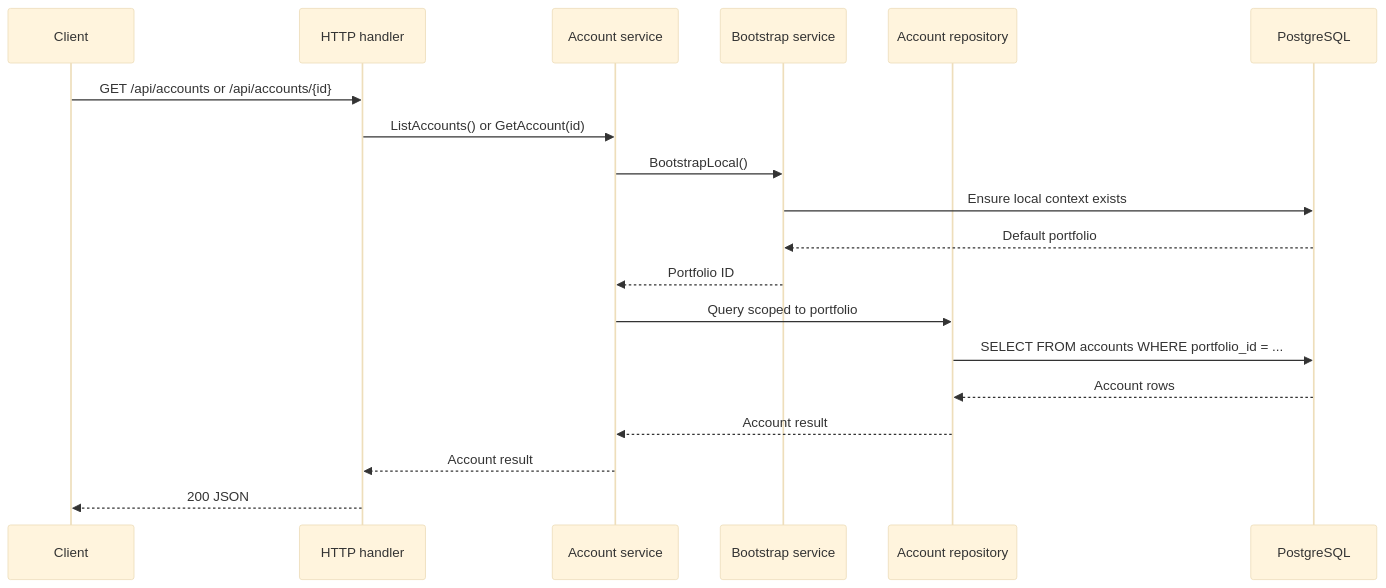
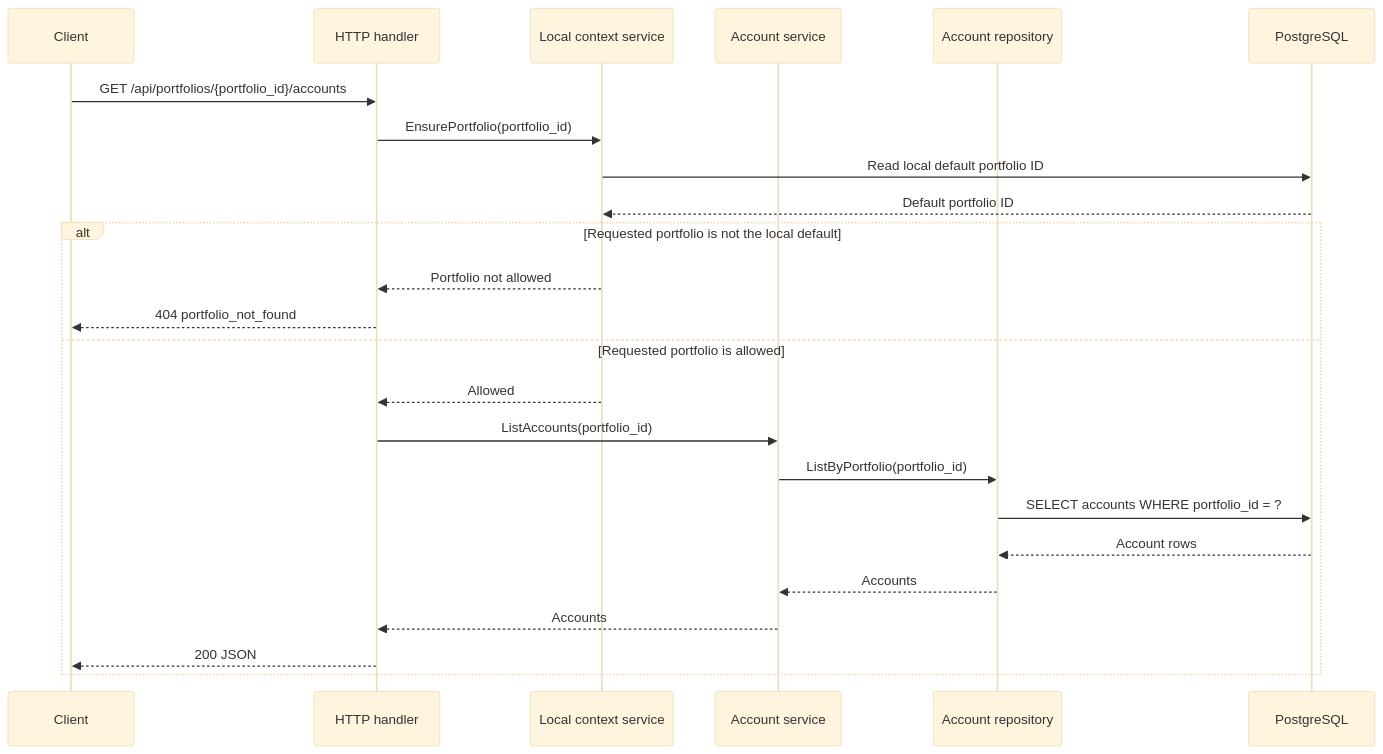
One commit to finsight-org/finsight changed the diagram in apps/api/docs/accounts.md. Above: the diagram before and after it, drawn with Mermaid (base theme). The commit also changed other lines of this file and 64 other files, not shown here.

First line of the commit message:
Establish database-backed portfolio application context (#18)

````diff
--- a/apps/api/docs/accounts.md
+++ b/apps/api/docs/accounts.md
@@ -40,22 +11,27 @@
 ```mermaid
 sequenceDiagram
     participant C as Client
     participant H as HTTP handler
+    participant L as Local context service
     participant S as Account service
-    participant B as Bootstrap service
     participant R as Account repository
     participant DB as PostgreSQL
 
-    C->>H: GET /api/accounts or /api/accounts/{id}
-    H->>S: ListAccounts() or GetAccount(id)
-    S->>B: BootstrapLocal()
-    B->>DB: Ensure local context exists
-    DB-->>B: Default portfolio
-    B-->>S: Portfolio ID
-    S->>R: Query scoped to portfolio
-    R->>DB: SELECT FROM accounts WHERE portfolio_id = ...
-    DB-->>R: Account rows
-    R-->>S: Account result
-    S-->>H: Account result
-    H-->>C: 200 JSON
+    C->>H: GET /api/portfolios/{portfolio_id}/accounts
+    H->>L: EnsurePortfolio(portfolio_id)
+    L->>DB: Read local default portfolio ID
+    DB-->>L: Default portfolio ID
+    alt Requested portfolio is not the local default
+        L-->>H: Portfolio not allowed
+        H-->>C: 404 portfolio_not_found
+    else Requested portfolio is allowed
+        L-->>H: Allowed
+        H->>S: ListAccounts(portfolio_id)
+        S->>R: ListByPortfolio(portfolio_id)
+        R->>DB: SELECT accounts WHERE portfolio_id = ?
+        DB-->>R: Account rows
+        R-->>S: Accounts
+        S-->>H: Accounts
+        H-->>C: 200 JSON
+    end
 ```
````
